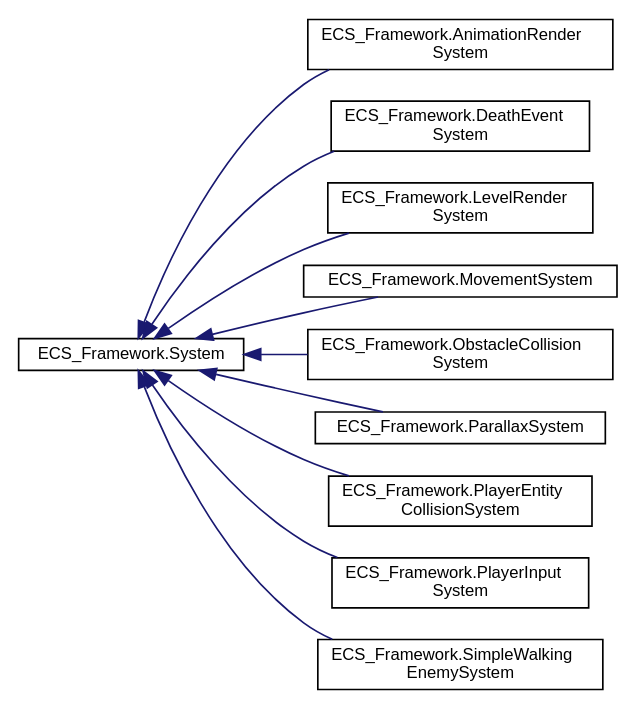
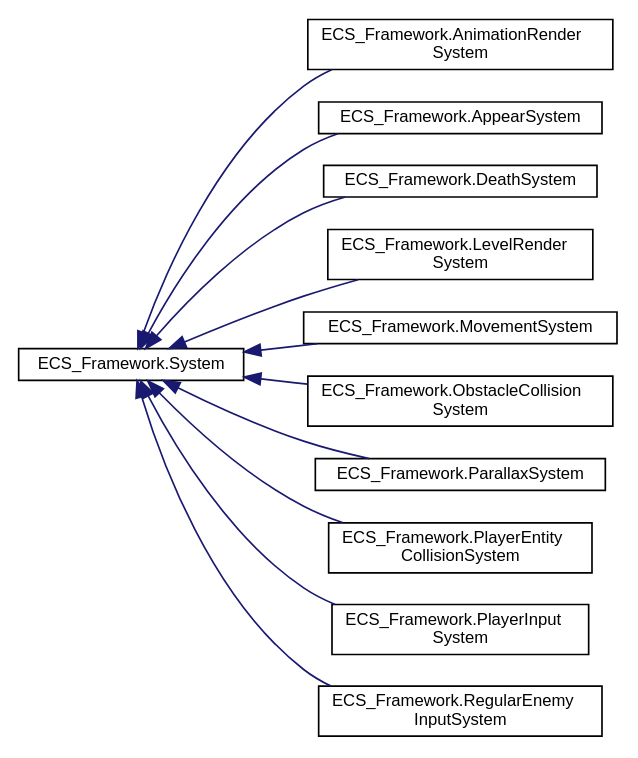
The diagram in docs/inherit_graph_9.dot (DreamyStranger/MonoGame-Platformer), drawn with Graphviz before and after one commit. The commit also changed 168 other files, not shown here.

```diff
--- a/docs/inherit_graph_9.dot
+++ b/docs/inherit_graph_9.dot
@@ -1,26 +1,28 @@
 digraph "Graphical Class Hierarchy"
 {
  // LATEX_PDF_SIZE
   edge [fontname="Helvetica",fontsize="10",labelfontname="Helvetica",labelfontsize="10"];
   node [fontname="Helvetica",fontsize="10",shape=record];
   rankdir="LR";
   Node0 [label="ECS_Framework.System",height=0.2,width=0.4,color="black", fillcolor="white", style="filled",URL="$classECS__Framework_1_1System.html",tooltip="An abstract base class for systems in the game."];
   Node0 -> Node1 [dir="back",color="midnightblue",fontsize="10",style="solid",fontname="Helvetica"];
   Node1 [label="ECS_Framework.AnimationRender\lSystem",height=0.2,width=0.4,color="black", fillcolor="white", style="filled",URL="$classECS__Framework_1_1AnimationRenderSystem.html",tooltip="System responsible for rendering the entities in the game."];
   Node0 -> Node2 [dir="back",color="midnightblue",fontsize="10",style="solid",fontname="Helvetica"];
-  Node2 [label="ECS_Framework.DeathEvent\lSystem",height=0.2,width=0.4,color="black", fillcolor="white", style="filled",URL="$classECS__Framework_1_1DeathEventSystem.html",tooltip="System that manages entity death events, triggering actions depending on the entity type."];
+  Node2 [label="ECS_Framework.AppearSystem",height=0.2,width=0.4,color="black", fillcolor="white", style="filled",URL="$classECS__Framework_1_1AppearSystem.html",tooltip=" "];
   Node0 -> Node3 [dir="back",color="midnightblue",fontsize="10",style="solid",fontname="Helvetica"];
-  Node3 [label="ECS_Framework.LevelRender\lSystem",height=0.2,width=0.4,color="black", fillcolor="white", style="filled",URL="$classECS__Framework_1_1LevelRenderSystem.html",tooltip="System responsible for rendering the entities in the game."];
+  Node3 [label="ECS_Framework.DeathSystem",height=0.2,width=0.4,color="black", fillcolor="white", style="filled",URL="$classECS__Framework_1_1DeathSystem.html",tooltip="System that manages entity death events, triggering actions depending on the entity type."];
   Node0 -> Node4 [dir="back",color="midnightblue",fontsize="10",style="solid",fontname="Helvetica"];
-  Node4 [label="ECS_Framework.MovementSystem",height=0.2,width=0.4,color="black", fillcolor="white", style="filled",URL="$classECS__Framework_1_1MovementSystem.html",tooltip="System responsible for handling the movement of entities in the game."];
+  Node4 [label="ECS_Framework.LevelRender\lSystem",height=0.2,width=0.4,color="black", fillcolor="white", style="filled",URL="$classECS__Framework_1_1LevelRenderSystem.html",tooltip="System responsible for rendering the entities in the game."];
   Node0 -> Node5 [dir="back",color="midnightblue",fontsize="10",style="solid",fontname="Helvetica"];
-  Node5 [label="ECS_Framework.ObstacleCollision\lSystem",height=0.2,width=0.4,color="black", fillcolor="white", style="filled",URL="$classECS__Framework_1_1ObstacleCollisionSystem.html",tooltip="System that manages collision detection and resolution between entities and level obstacles."];
+  Node5 [label="ECS_Framework.MovementSystem",height=0.2,width=0.4,color="black", fillcolor="white", style="filled",URL="$classECS__Framework_1_1MovementSystem.html",tooltip="System responsible for handling the movement of entities in the game."];
   Node0 -> Node6 [dir="back",color="midnightblue",fontsize="10",style="solid",fontname="Helvetica"];
-  Node6 [label="ECS_Framework.ParallaxSystem",height=0.2,width=0.4,color="black", fillcolor="white", style="filled",URL="$classECS__Framework_1_1ParallaxSystem.html",tooltip="System that manages parallax components and their related entities."];
+  Node6 [label="ECS_Framework.ObstacleCollision\lSystem",height=0.2,width=0.4,color="black", fillcolor="white", style="filled",URL="$classECS__Framework_1_1ObstacleCollisionSystem.html",tooltip="System that manages collision detection and resolution between entities and level obstacles."];
   Node0 -> Node7 [dir="back",color="midnightblue",fontsize="10",style="solid",fontname="Helvetica"];
-  Node7 [label="ECS_Framework.PlayerEntity\lCollisionSystem",height=0.2,width=0.4,color="black", fillcolor="white", style="filled",URL="$classECS__Framework_1_1PlayerEntityCollisionSystem.html",tooltip="Represents a system that handles collisions between the player entity and other entities."];
+  Node7 [label="ECS_Framework.ParallaxSystem",height=0.2,width=0.4,color="black", fillcolor="white", style="filled",URL="$classECS__Framework_1_1ParallaxSystem.html",tooltip="System that manages parallax components and their related entities."];
   Node0 -> Node8 [dir="back",color="midnightblue",fontsize="10",style="solid",fontname="Helvetica"];
-  Node8 [label="ECS_Framework.PlayerInput\lSystem",height=0.2,width=0.4,color="black", fillcolor="white", style="filled",URL="$classECS__Framework_1_1PlayerInputSystem.html",tooltip="System that updates the state of entities based on keyboard input."];
+  Node8 [label="ECS_Framework.PlayerEntity\lCollisionSystem",height=0.2,width=0.4,color="black", fillcolor="white", style="filled",URL="$classECS__Framework_1_1PlayerEntityCollisionSystem.html",tooltip="Represents a system that handles collisions between the player entity and other entities."];
   Node0 -> Node9 [dir="back",color="midnightblue",fontsize="10",style="solid",fontname="Helvetica"];
-  Node9 [label="ECS_Framework.SimpleWalking\lEnemySystem",height=0.2,width=0.4,color="black", fillcolor="white", style="filled",URL="$classECS__Framework_1_1SimpleWalkingEnemySystem.html",tooltip="System that updates the state of entities based on keyboard input."];
+  Node9 [label="ECS_Framework.PlayerInput\lSystem",height=0.2,width=0.4,color="black", fillcolor="white", style="filled",URL="$classECS__Framework_1_1PlayerInputSystem.html",tooltip="System that updates the state of entities based on keyboard input."];
+  Node0 -> Node10 [dir="back",color="midnightblue",fontsize="10",style="solid",fontname="Helvetica"];
+  Node10 [label="ECS_Framework.RegularEnemy\lInputSystem",height=0.2,width=0.4,color="black", fillcolor="white", style="filled",URL="$classECS__Framework_1_1RegularEnemyInputSystem.html",tooltip="System that updates the state of Regular Enemies."];
 }
```
